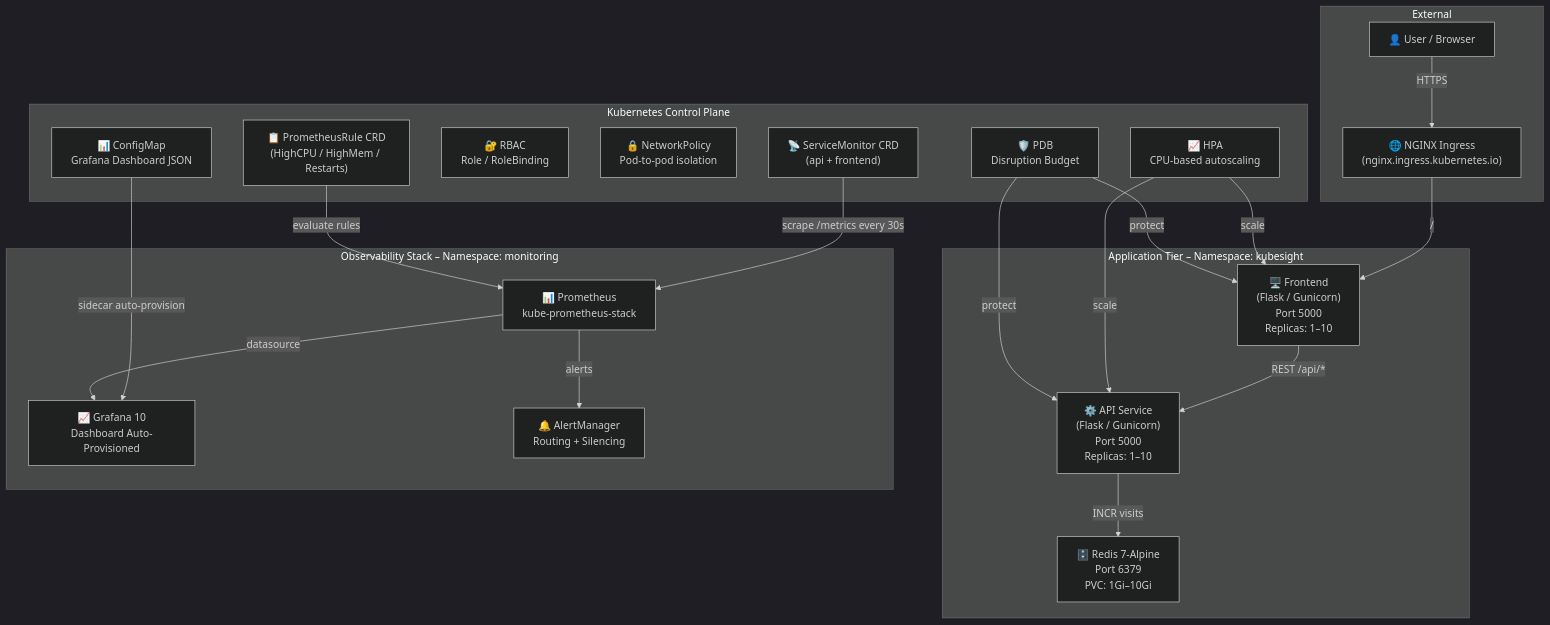
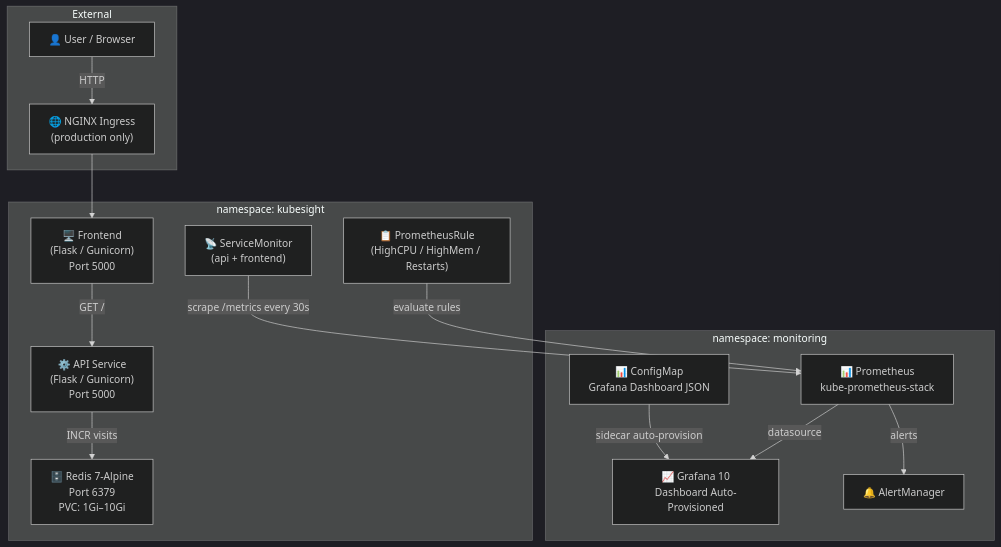
One commit to samkeerthana98/kubesight-production-observability changed the diagram in docs/Architecture.md. Above: the diagram before and after it, drawn with Mermaid (dark theme). The commit also changed other lines of this file and 10 other files, not shown here.

````diff
--- a/docs/Architecture.md
+++ b/docs/Architecture.md
@@ -13,44 +13,33 @@
 ```mermaid
 graph TB
     subgraph "External"
         User["👤 User / Browser"]
-        Ingress["🌐 NGINX Ingress\n(nginx.ingress.kubernetes.io)"]
+        Ingress["🌐 NGINX Ingress\n(production only)"]
     end
 
-    subgraph "Application Tier – Namespace: kubesight"
-        Frontend["🖥️ Frontend\n(Flask / Gunicorn)\nPort 5000\nReplicas: 1–10"]
-        API["⚙️ API Service\n(Flask / Gunicorn)\nPort 5000\nReplicas: 1–10"]
+    subgraph "namespace: kubesight"
+        Frontend["🖥️ Frontend\n(Flask / Gunicorn)\nPort 5000"]
+        API["⚙️ API Service\n(Flask / Gunicorn)\nPort 5000"]
         Redis["🗄️ Redis 7-Alpine\nPort 6379\nPVC: 1Gi–10Gi"]
+        SM["📡 ServiceMonitor\n(api + frontend)"]
+        PR["📋 PrometheusRule\n(HighCPU / HighMem / Restarts)"]
     end
 
-    subgraph "Observability Stack – Namespace: monitoring"
+    subgraph "namespace: monitoring"
         Prometheus["📊 Prometheus\nkube-prometheus-stack"]
         Grafana["📈 Grafana 10\nDashboard Auto-Provisioned"]
-        AlertManager["🔔 AlertManager\nRouting + Silencing"]
-    end
-
-    subgraph "Kubernetes Control Plane"
-        HPA["📈 HPA\nCPU-based autoscaling"]
-        PDB["🛡️ PDB\nDisruption Budget"]
-        RBAC["🔐 RBAC\nRole / RoleBinding"]
-        NetPol["🔒 NetworkPolicy\nPod-to-pod isolation"]
-        SM["📡 ServiceMonitor CRD\n(api + frontend)"]
-        PR["📋 PrometheusRule CRD\n(HighCPU / HighMem / Restarts)"]
+        AlertManager["🔔 AlertManager"]
         GrafanaCM["📊 ConfigMap\nGrafana Dashboard JSON"]
     end
 
-    User -->|HTTPS| Ingress
-    Ingress -->|"/"| Frontend
-    Frontend -->|"REST /api/*"| API
-    API -->|"INCR visits"| Redis
+    User -->|HTTP| Ingress
+    Ingress --> Frontend
+    Frontend -->|GET /| API
+    API -->|INCR visits| Redis
 
     SM -->|scrape /metrics every 30s| Prometheus
     PR -->|evaluate rules| Prometheus
     GrafanaCM -->|sidecar auto-provision| Grafana
     Prometheus -->|alerts| AlertManager
     Prometheus -->|datasource| Grafana
-    HPA -->|scale| API
-    HPA -->|scale| Frontend
-    PDB -->|protect| API
-    PDB -->|protect| Frontend
 ```
````
